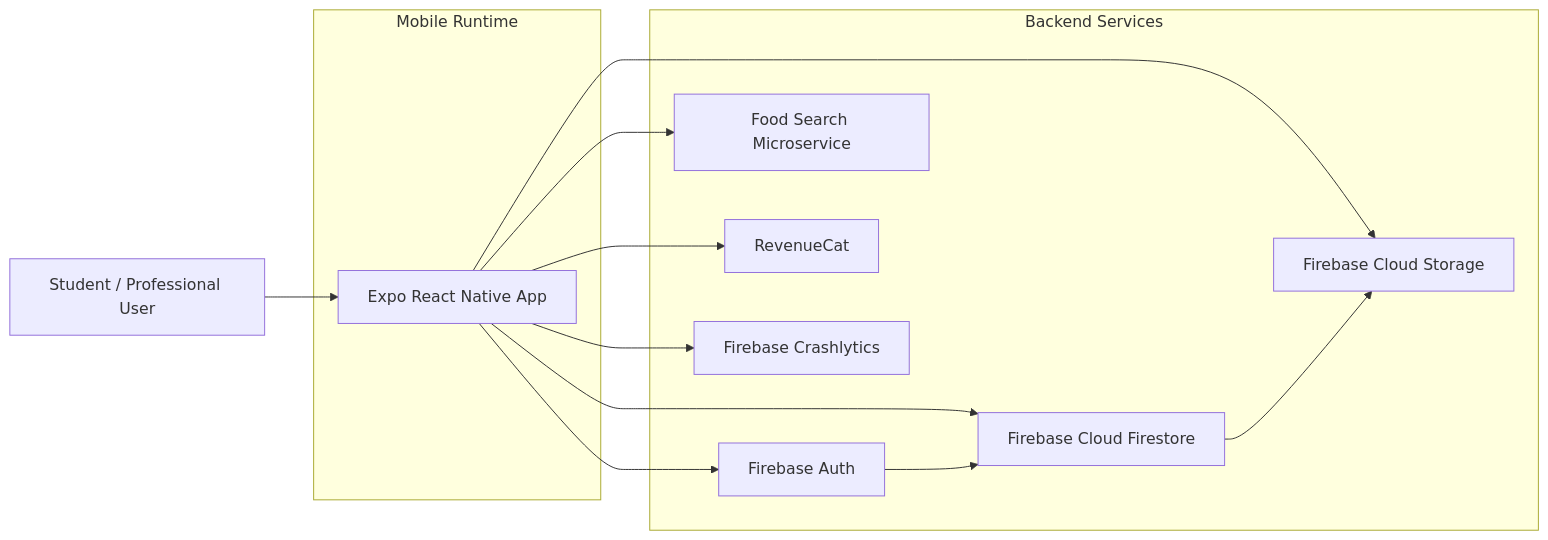
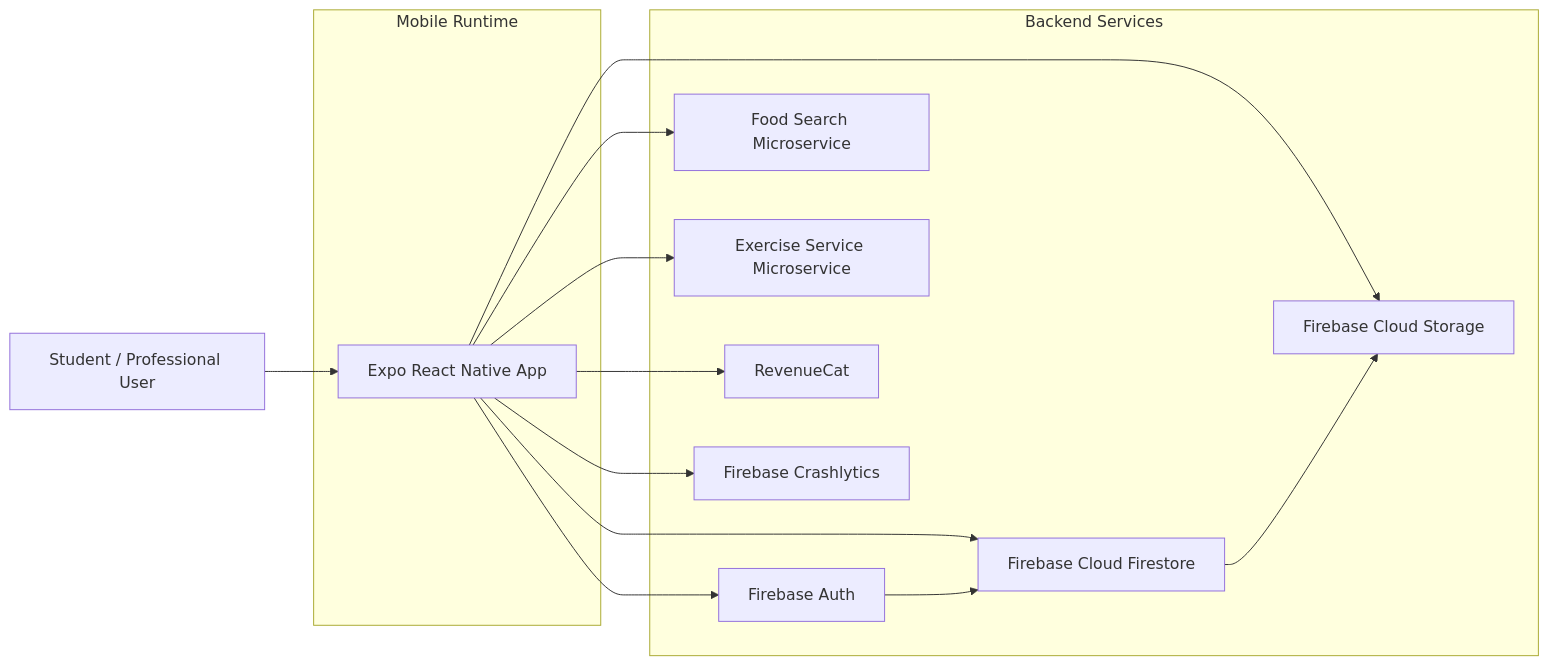
The diagram in docs/diagrams/mobile-stack-high-level-v1.md (edufelip/MyChampions), drawn with Mermaid before and after one commit. The commit also changed 21 other files, not shown here.

````diff
--- a/docs/diagrams/mobile-stack-high-level-v1.md
+++ b/docs/diagrams/mobile-stack-high-level-v1.md
@@ -3,27 +3,29 @@
 ```mermaid
 flowchart LR
   U[Student / Professional User] --> A[Expo React Native App]
 
   A --> B[Firebase Auth]
   A --> C[Firebase Cloud Firestore]
   A --> D[Firebase Cloud Storage]
   A --> E[Food Search Microservice]
-  A --> F[RevenueCat]
-  A --> G[Firebase Crashlytics]
+  A --> F[Exercise Service Microservice]
+  A --> G[RevenueCat]
+  A --> H[Firebase Crashlytics]
 
   B --> C
   C --> D
 
   subgraph Mobile Runtime
     A
   end
 
   subgraph Backend Services
     B
     C
     D
     E
     F
     G
+    H
   end
 ```
````
